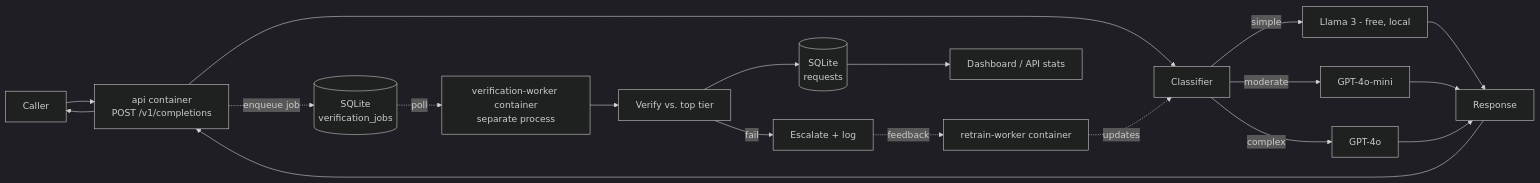
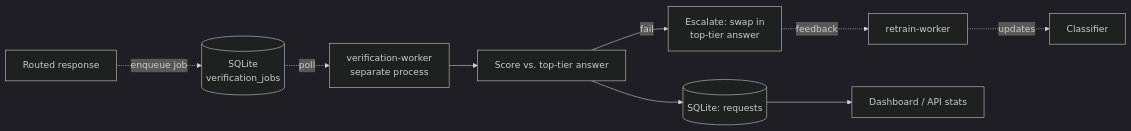
The second of 2 diagrams in CASE_STUDY.md (SihanZhan/llm-cost-autopilot), drawn with Mermaid (dark theme) before and after one commit. The commit also changed other lines of this file, not shown here.

````diff
--- a/CASE_STUDY.md
+++ b/CASE_STUDY.md
@@ -26,18 +49,11 @@
 ```mermaid
 flowchart LR
-    user[Caller] --> api[api container<br/>POST /v1/completions]
-    api --> clf[Classifier]
-    clf -->|simple| cheap[Llama 3 - free, local]
-    clf -->|moderate| mid[GPT-4o-mini]
-    clf -->|complex| top[GPT-4o]
-    cheap & mid & top --> resp[Response]
-    resp --> api --> user
-    api -.enqueue job.-> queue[(SQLite<br/>verification_jobs)]
-    queue -.poll.-> worker[verification-worker container<br/>separate process]
-    worker --> verify[Verify vs. top tier]
-    verify -->|fail| esc[Escalate + log]
-    esc -.feedback.-> retrain[retrain-worker container]
-    retrain -.updates.-> clf
-    verify --> db[(SQLite<br/>requests)]
+    resp[Routed response] -.enqueue job.-> queue[(SQLite<br/>verification_jobs)]
+    queue -.poll.-> worker[verification-worker<br/>separate process]
+    worker --> verify[Score vs. top-tier answer]
+    verify -->|fail| esc[Escalate: swap in<br/>top-tier answer]
+    esc -.feedback.-> retrain[retrain-worker]
+    retrain -.updates.-> clf[Classifier]
+    verify --> db[(SQLite: requests)]
     db --> dash[Dashboard / API stats]
 ```
````
